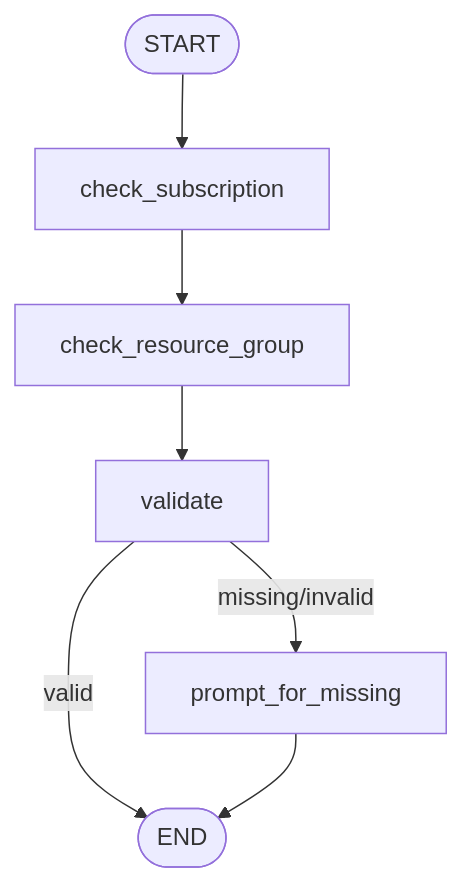
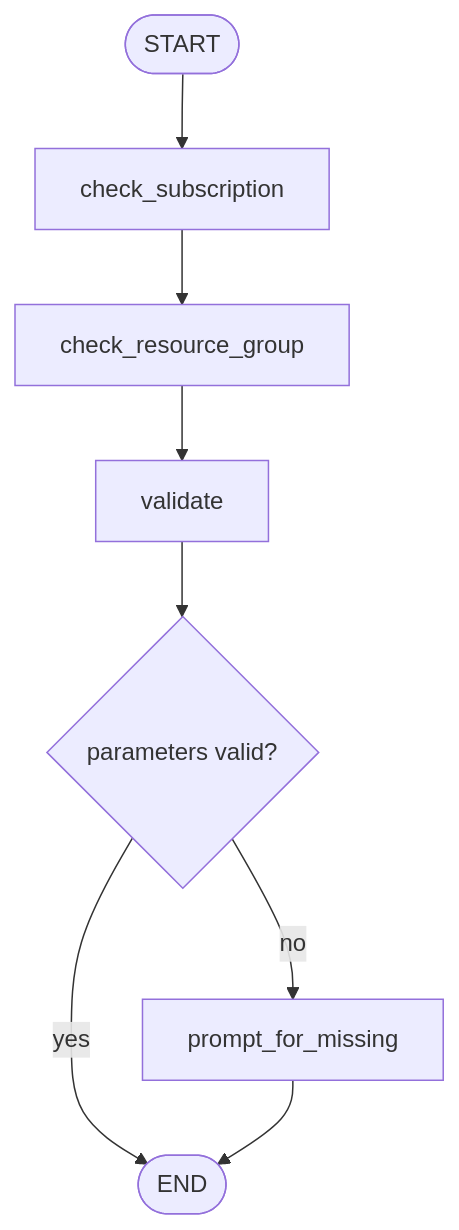
One commit to eosho/ARMA changed the second of 5 diagrams in README.md. Above: the diagram before and after it, drawn with Mermaid. The commit also changed other lines of this file and 6 other files, not shown here.

````diff
--- a/README.md
+++ b/README.md
@@ -99,9 +102,10 @@
 ```mermaid
 flowchart TD
     START([START]) --> check_subscription
     check_subscription --> check_resource_group
     check_resource_group --> validate
-    validate -- missing/invalid --> prompt_for_missing
-    validate -- valid --> END([END])
-    prompt_for_missing --> END
+    validate --> decision{parameters valid?}
+    decision -- yes --> END([END])
+    decision -- no --> prompt_for_missing
+    prompt_for_missing --> END([END])
 ```
````
